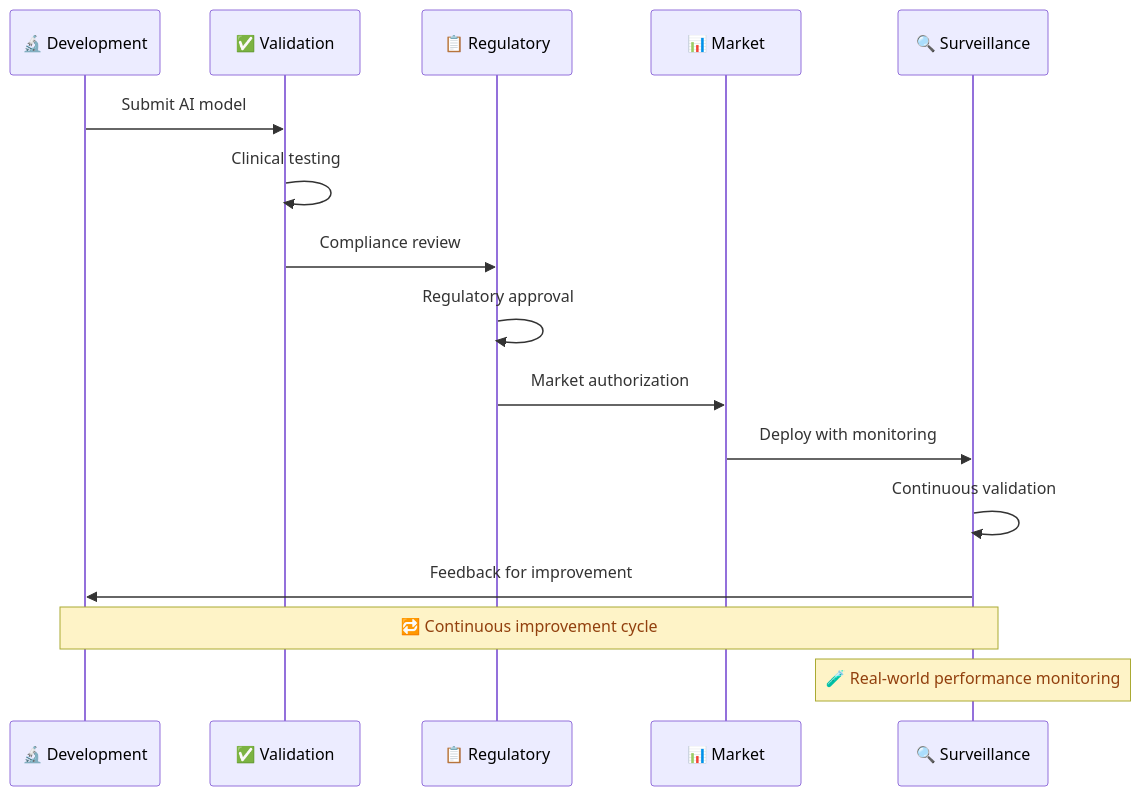
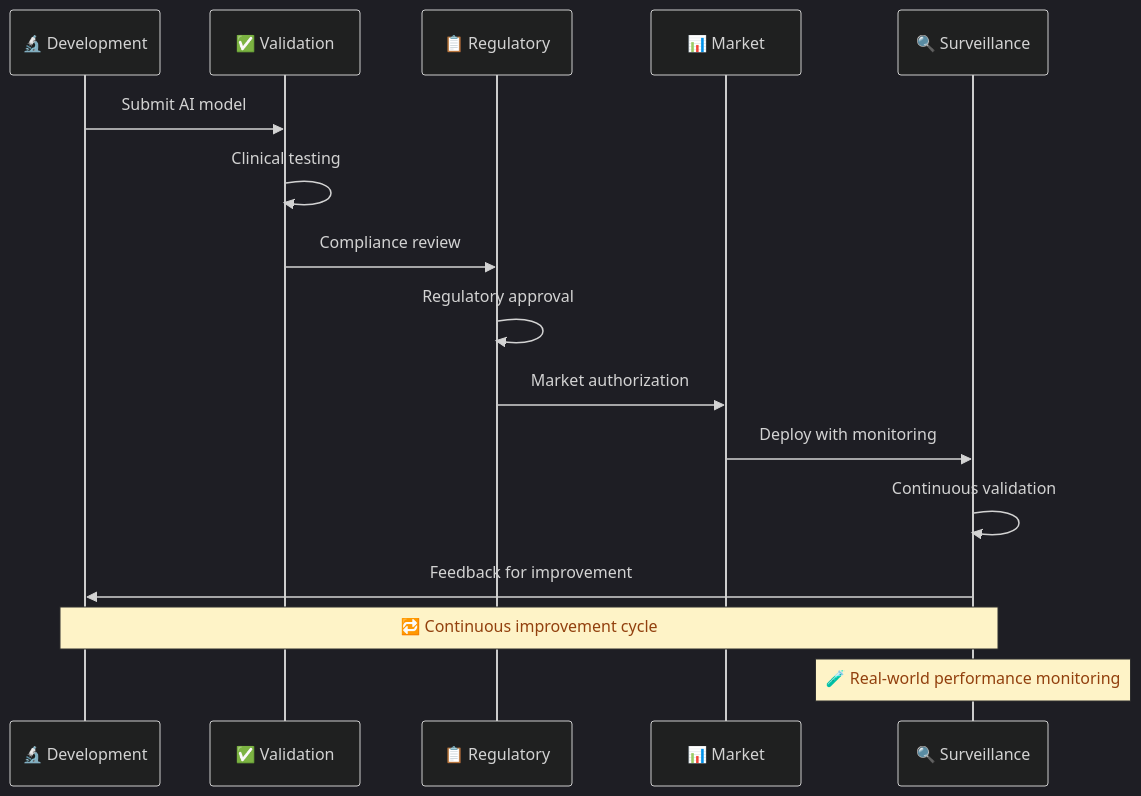
One commit to hr1juldey/FairWorks_FairDOC changed diagram 15 of 20 in report.md. Above: the diagram before and after it, drawn with Mermaid. The commit also changed other lines of this file, not shown here.

````diff
--- a/report.md
+++ b/report.md
@@ -689,32 +689,30 @@
 ```mermaid
 ---
 config:
-  theme: default
+  theme: dark
   themeVariables:
-    background: "#ffffff"
-    primaryColor: "#4f46e5"       # Indigo
-    secondaryColor: "#10b981"     # Emerald
-    primaryTextColor: "#1f2937"   # Gray-800
-    noteBkgColor: "#fef3c7"       # Amber-100
-    noteTextColor: "#92400e"      # Amber-900
+    background: '#ffffff'
+    primaryColor: '#4f46e5'
+    secondaryColor: '#10b981'
+    primaryTextColor: '#1f2937'
+    noteBkgColor: '#fef3c7'
+    noteTextColor: '#92400e'
 ---
 sequenceDiagram
     participant D as 🔬 Development
     participant V as ✅ Validation
     participant R as 📋 Regulatory
     participant M as 📊 Market
     participant S as 🔍 Surveillance
-
     D->>V: Submit AI model
     V->>V: Clinical testing
     V->>R: Compliance review
     R->>R: Regulatory approval
     R->>M: Market authorization
     M->>S: Deploy with monitoring
     S->>S: Continuous validation
     S->>D: Feedback for improvement
-
     Note over D,S: 🔁 Continuous improvement cycle
     Note over S: 🧪 Real-world performance monitoring
 
 ```
````
